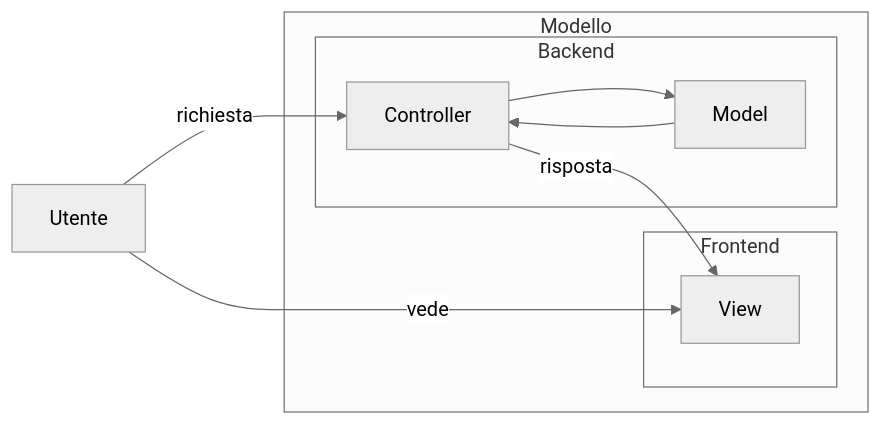
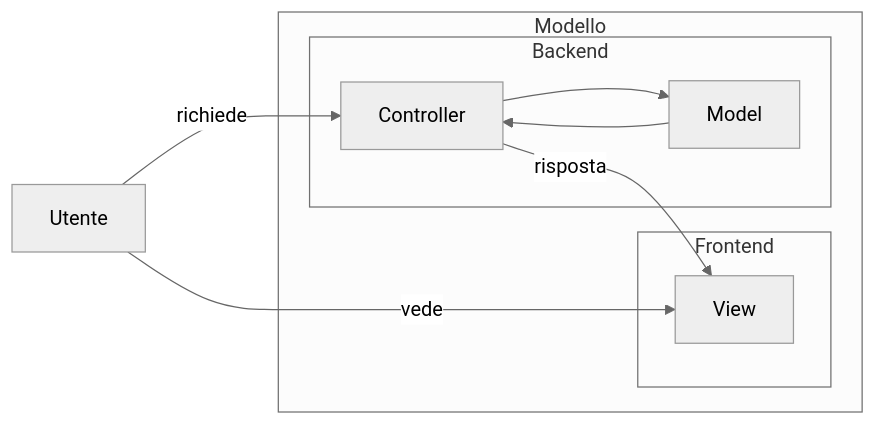
The first of 2 diagrams in slides/3.md (iacobucci/sviluppo_web_in_javascript), drawn with Mermaid before and after one commit. The commit also changed other lines of this file and 34 other files, not shown here.

```diff
--- a/slides/3.md
+++ b/slides/3.md
@@ -29,21 +29,16 @@
 <div class="mermaid">
 %%{init: {'theme': 'neutral', 'mirrorActors': false} }%%
 flowchart LR
-	Utente -->|richiesta| Controller
-	Utente -->|vede| View
-
+	UTENTE[Utente] -->|richiede| CONTROLLER[Controller]
+	UTENTE -->|vede| VIEW[View]
 	subgraph Modello
-
-		Controller -->|risposta| View
-
 		subgraph Frontend
-			View
+			VIEW
 		end
-
 		subgraph Backend
-			Model --> Controller
-			Controller --> Model
+			MODEL --> CONTROLLER
+			CONTROLLER --> MODEL[Model]
+			CONTROLLER -->|risposta| VIEW
 		end
-
 	end
 </div>
```
